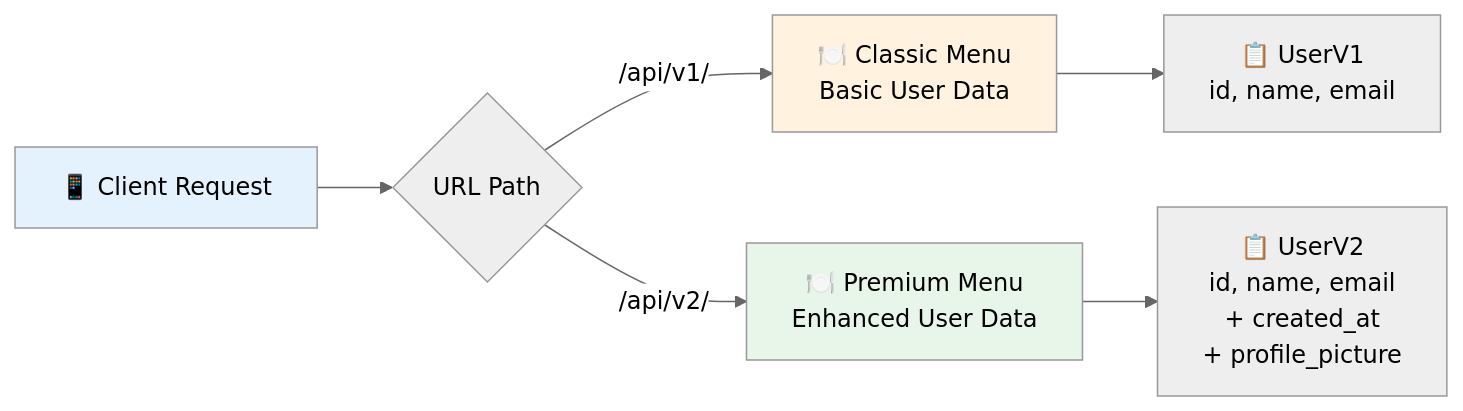
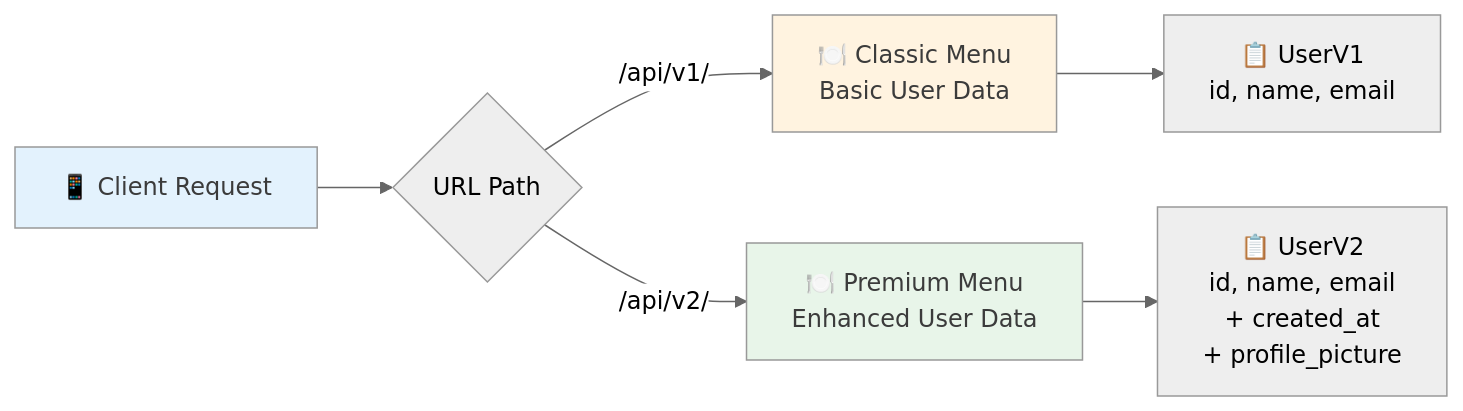
The second of 5 diagrams in app/docs/02_foundation/07-api-versioning/page.mdx (ridwanspace/restful-fastapi-guideline), drawn with Mermaid (neutral theme) before and after one commit. The commit also changed other lines of this file and 8 other files, not shown here.

First line of the commit message:
📝 docs(docs): enhance graph diagrams in foundation docs

````diff
--- a/app/docs/02_foundation/07-api-versioning/page.mdx
+++ b/app/docs/02_foundation/07-api-versioning/page.mdx
@@ -56,13 +56,13 @@
 ```mermaid
 graph LR
     A[📱 Client Request] --> B{URL Path}
     B -->|/api/v1/| C[🍽️ Classic Menu<br/>Basic User Data]
     B -->|/api/v2/| D[🍽️ Premium Menu<br/>Enhanced User Data]
     
     C --> E[📋 UserV1<br/>id, name, email]
     D --> F[📋 UserV2<br/>id, name, email<br/>+ created_at<br/>+ profile_picture]
     
-    style A fill:#e3f2fd
-    style C fill:#fff3e0
-    style D fill:#e8f5e9
+    style A fill:#e3f2fd,color:#3b3b3b
+    style C fill:#fff3e0,color:#3b3b3b
+    style D fill:#e8f5e9,color:#3b3b3b
 ```
````
